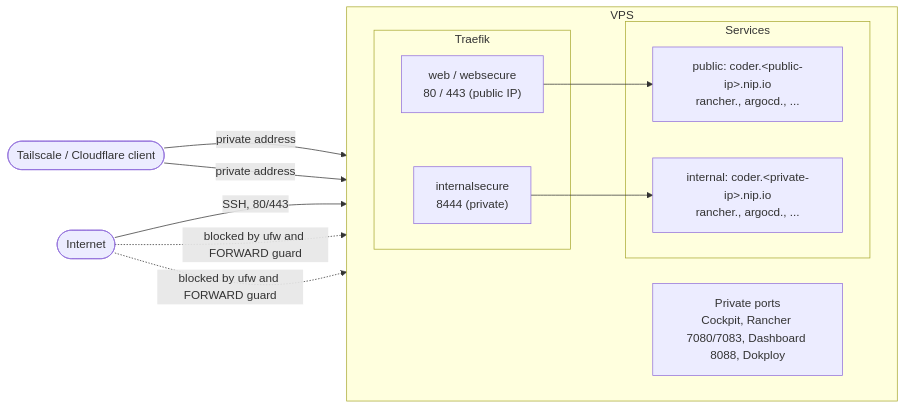
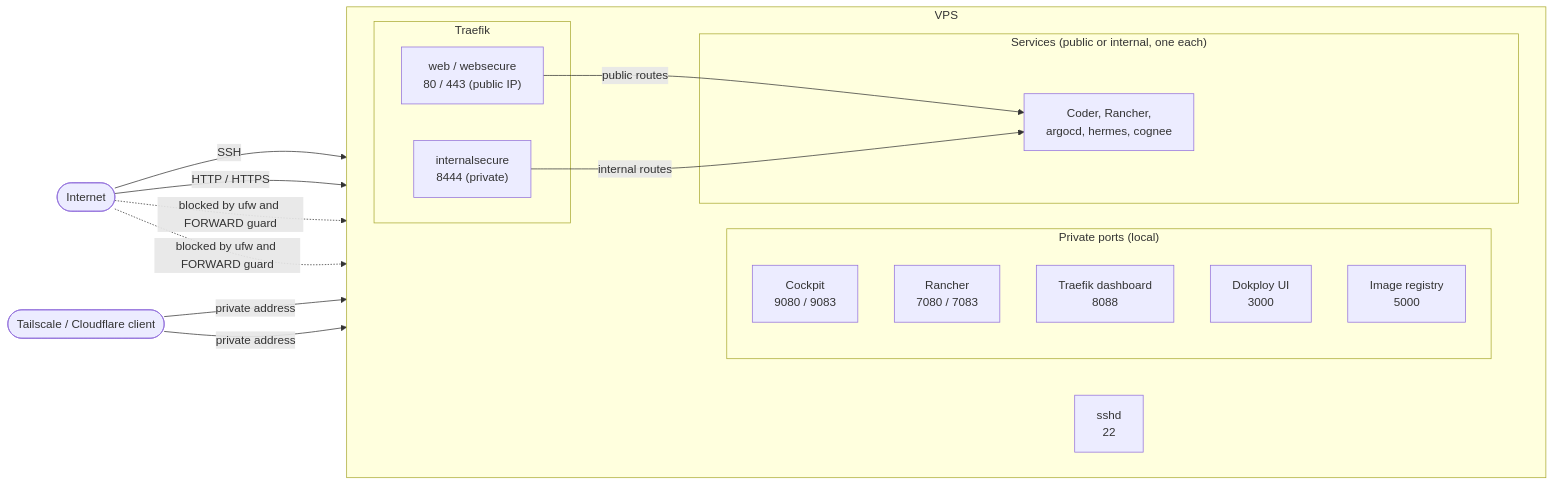
The diagram in README.md (perspikapps/vps), drawn with Mermaid before and after one commit. The commit also changed other lines of this file, not shown here.

Commit message:
docs(vps-network): list services and ports in the access diagram
Claude-Session: https://claude.ai/code/session_01UMcR9idp7TX8QzTJ4ePBqD

````diff
--- a/README.md
+++ b/README.md
@@ -130,24 +130,31 @@
 ```mermaid
 flowchart LR
     net([Internet])
     vpn([Tailscale / Cloudflare client])
     subgraph vps[VPS]
         direction LR
+        ssh["sshd<br/>22"]
         subgraph traefik[Traefik]
             pub["web / websecure<br/>80 / 443 (public IP)"]
             int["internalsecure<br/>8444 (private)"]
         end
-        priv["Private ports<br/>Cockpit, Rancher 7080/7083, Dashboard 8088, Dokploy"]
-        subgraph svc[Services]
-            pubsvc["public: coder.&lt;public-ip&gt;.nip.io<br/>rancher., argocd., ..."]
-            intsvc["internal: coder.&lt;private-ip&gt;.nip.io<br/>rancher., argocd., ..."]
+        subgraph priv["Private ports (local)"]
+            cockpit["Cockpit<br/>9080 / 9083"]
+            rancherp["Rancher<br/>7080 / 7083"]
+            dash["Traefik dashboard<br/>8088"]
+            dokploy["Dokploy UI<br/>3000"]
+            registry["Image registry<br/>5000"]
+        end
+        subgraph svc["Services (public or internal, one each)"]
+            apps["Coder, Rancher,<br/>argocd, hermes, cognee"]
         end
     end
-    net -->|"SSH, 80/443"| pub
-    pub --> pubsvc
+    net -->|"SSH"| ssh
+    net -->|"HTTP / HTTPS"| pub
+    pub -->|"public routes"| apps
     vpn -->|"private address"| int
+    int -->|"internal routes"| apps
     vpn -->|"private address"| priv
-    int --> intsvc
     net -. "blocked by ufw and FORWARD guard" .-> int
     net -. "blocked by ufw and FORWARD guard" .-> priv
 ```
````
